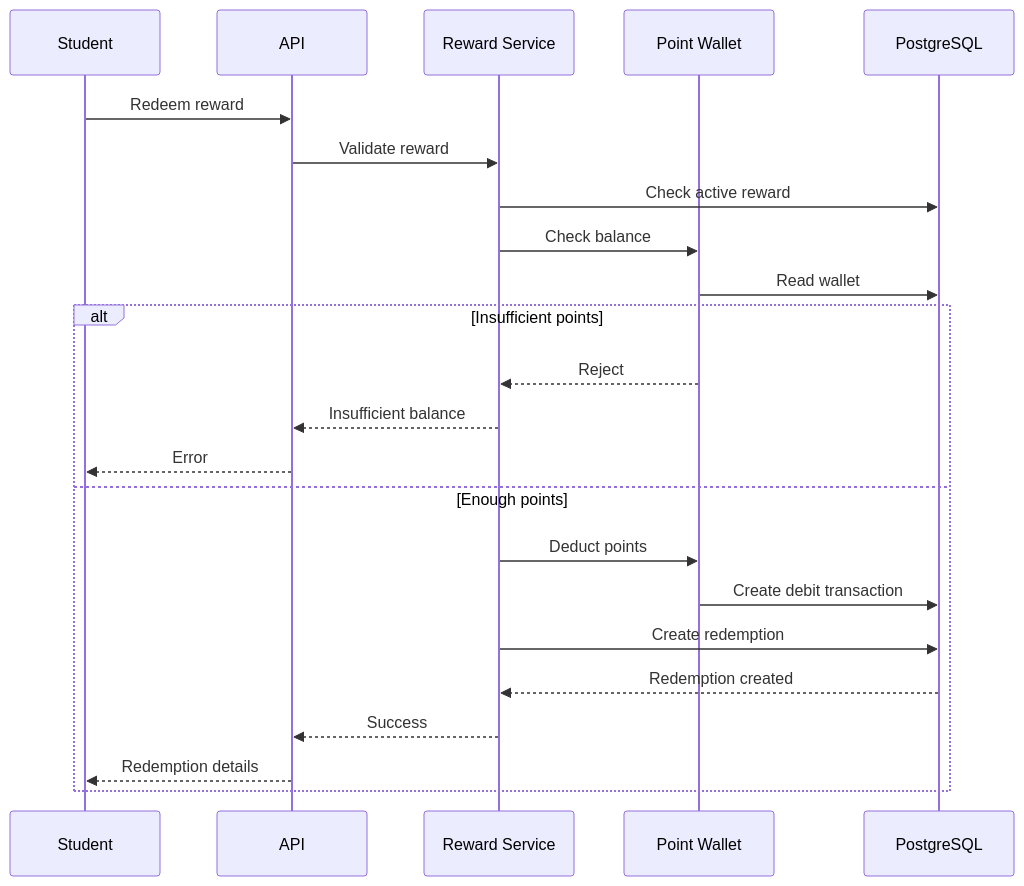
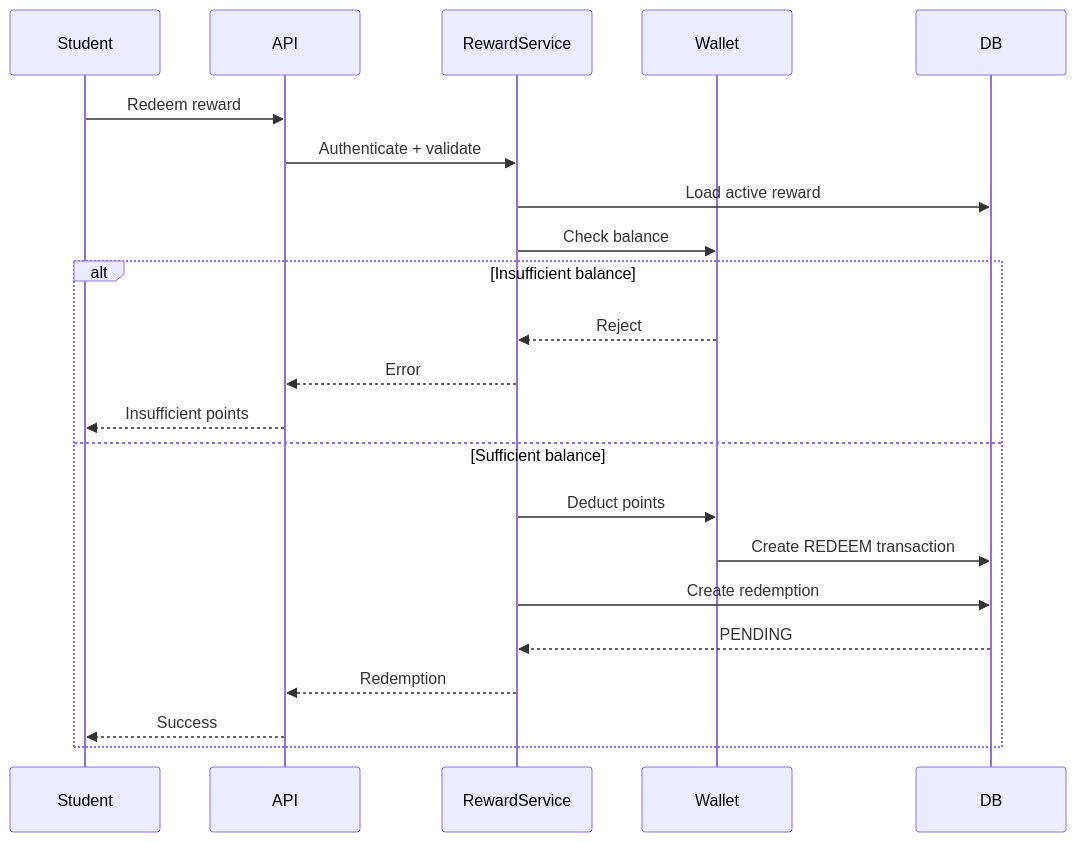
One commit to SnehashisKundu/VerterxLearn-Learning-management-System changed diagram 14 of 31 in README.md. Above: the diagram before and after it, drawn with Mermaid. The commit also changed other lines of this file, not shown here.

````diff
--- a/README.md
+++ b/README.md
@@ -260,27 +753,26 @@
-``` mermaid
+```mermaid
 sequenceDiagram
-    participant S as Student
-    participant API as API
-    participant R as Reward Service
-    participant PW as Point Wallet
-    participant DB as PostgreSQL
+    participant Student
+    participant API
+    participant RewardService
+    participant Wallet
+    participant DB
 
-    S->>API: Redeem reward
-    API->>R: Validate reward
-    R->>DB: Check active reward
-    R->>PW: Check balance
-    PW->>DB: Read wallet
+    Student->>API: Redeem reward
+    API->>RewardService: Authenticate + validate
+    RewardService->>DB: Load active reward
+    RewardService->>Wallet: Check balance
 
-    alt Insufficient points
-        PW-->>R: Reject
-        R-->>API: Insufficient balance
-        API-->>S: Error
-    else Enough points
-        R->>PW: Deduct points
-        PW->>DB: Create debit transaction
-        R->>DB: Create redemption
-        DB-->>R: Redemption created
-        R-->>API: Success
-        API-->>S: Redemption details
+    alt Insufficient balance
+        Wallet-->>RewardService: Reject
+        RewardService-->>API: Error
+        API-->>Student: Insufficient points
+    else Sufficient balance
+        RewardService->>Wallet: Deduct points
+        Wallet->>DB: Create REDEEM transaction
+        RewardService->>DB: Create redemption
+        DB-->>RewardService: PENDING
+        RewardService-->>API: Redemption
+        API-->>Student: Success
     end
 ```
````
